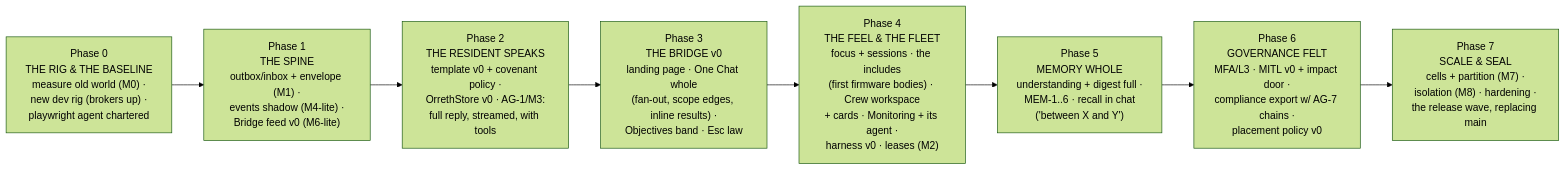
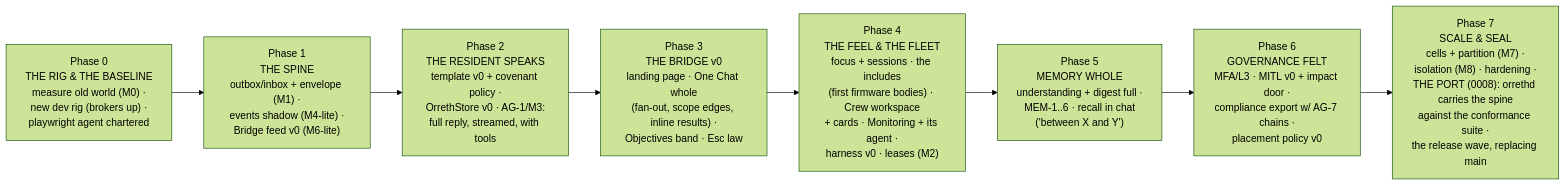
The diagram in docs/rearch/0005-v1-scope-and-build-plan.md (iotlodge/orreth), drawn with Mermaid (forest theme) before and after one commit. The commit also changed other lines of this file and 8 other files, not shown here.

````diff
--- a/docs/rearch/0005-v1-scope-and-build-plan.md
+++ b/docs/rearch/0005-v1-scope-and-build-plan.md
@@ -52,12 +60,12 @@
 ```mermaid
 flowchart LR
     P0["Phase 0<br/>THE RIG & THE BASELINE<br/>measure old world (M0) ·<br/>new dev rig (brokers up) ·<br/>playwright agent chartered"]
     P1["Phase 1<br/>THE SPINE<br/>outbox/inbox + envelope (M1) ·<br/>events shadow (M4-lite) ·<br/>Bridge feed v0 (M6-lite)"]
     P2["Phase 2<br/>THE RESIDENT SPEAKS<br/>template v0 + covenant policy ·<br/>OrrethStore v0 · AG-1/M3:<br/>full reply, streamed, with tools"]
     P3["Phase 3<br/>THE BRIDGE v0<br/>landing page · One Chat whole<br/>(fan-out, scope edges, inline results) ·<br/>Objectives band · Esc law"]
     P4["Phase 4<br/>THE FEEL & THE FLEET<br/>focus + sessions · the includes<br/>(first firmware bodies) · Crew workspace<br/>+ cards · Monitoring + its agent ·<br/>harness v0 · leases (M2)"]
     P5["Phase 5<br/>MEMORY WHOLE<br/>understanding + digest full ·<br/>MEM-1..6 · recall in chat<br/>('between X and Y')"]
     P6["Phase 6<br/>GOVERNANCE FELT<br/>MFA/L3 · MITL v0 + impact door ·<br/>compliance export w/ AG-7 chains ·<br/>placement policy v0"]
-    P7["Phase 7<br/>SCALE & SEAL<br/>cells + partition (M7) ·<br/>isolation (M8) · hardening ·<br/>the release wave, replacing main"]
+    P7["Phase 7<br/>SCALE & SEAL<br/>cells + partition (M7) ·<br/>isolation (M8) · hardening ·<br/>THE PORT (0008): orrethd carries the spine<br/>against the conformance suite ·<br/>the release wave, replacing main"]
     P0 --> P1 --> P2 --> P3 --> P4 --> P5 --> P6 --> P7
 ```
````
